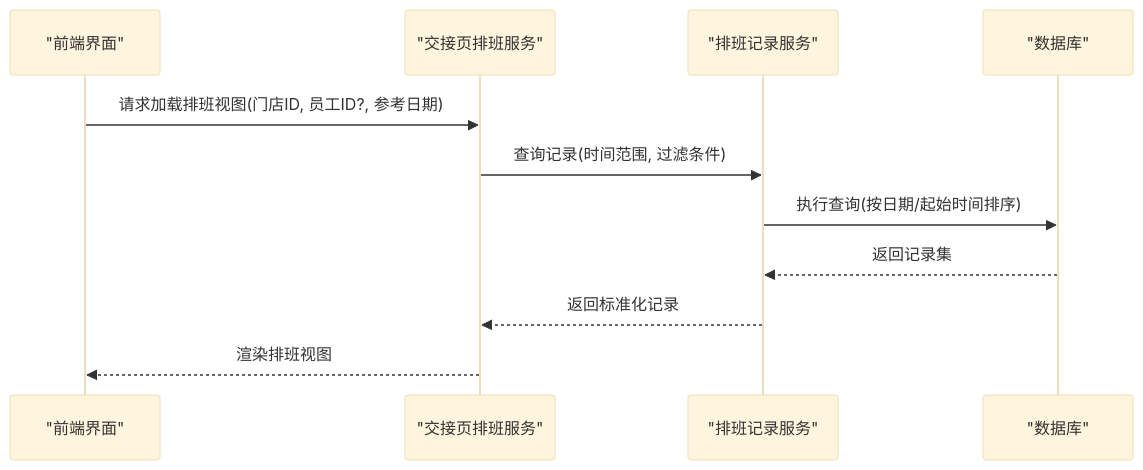
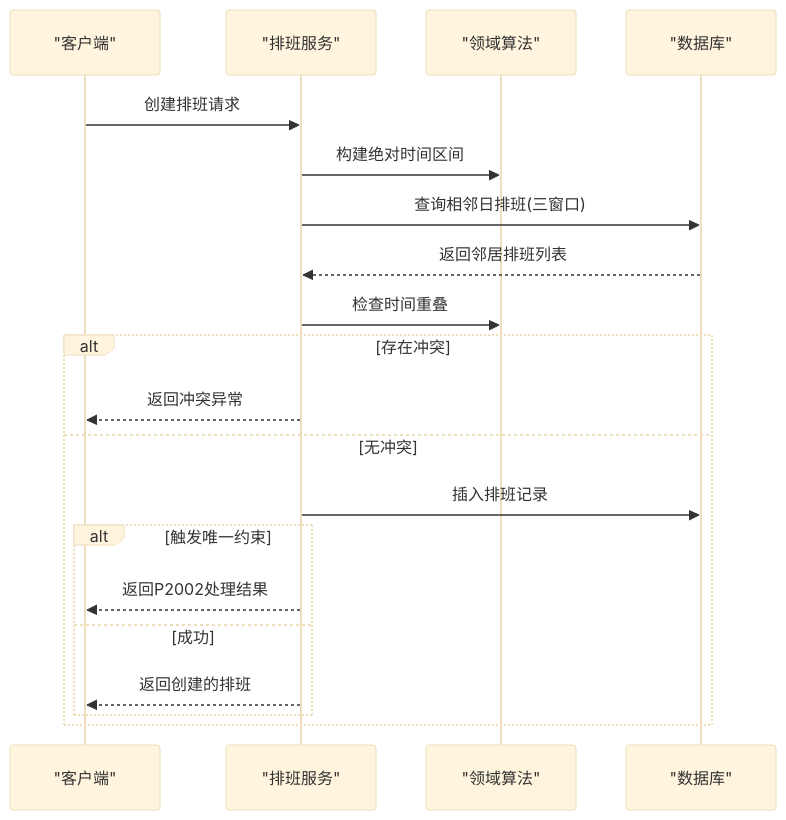
The fifth of 6 diagrams in .qoder/repowiki/zh/content/业务模块/员工管理模块/员工排班管理.md (rc558620/purelyprofit-server), drawn with Mermaid (base theme) before and after one commit. The commit also changed other lines of this file and 78 other files, not shown here.

````diff
--- a/.qoder/repowiki/zh/content/业务模块/员工管理模块/员工排班管理.md
+++ b/.qoder/repowiki/zh/content/业务模块/员工管理模块/员工排班管理.md
@@ -178,13 +233,22 @@
 ```mermaid
 sequenceDiagram
-participant UI as "前端界面"
-participant PageSvc as "交接页排班服务"
-participant RecordSvc as "排班记录服务"
+participant Client as "客户端"
+participant Service as "排班服务"
+participant Domain as "领域算法"
 participant DB as "数据库"
-UI->>PageSvc : 请求加载排班视图(门店ID, 员工ID?, 参考日期)
-PageSvc->>RecordSvc : 查询记录(时间范围, 过滤条件)
-RecordSvc->>DB : 执行查询(按日期/起始时间排序)
-DB-->>RecordSvc : 返回记录集
-RecordSvc-->>PageSvc : 返回标准化记录
-PageSvc-->>UI : 渲染排班视图
+Client->>Service : 创建排班请求
+Service->>Domain : 构建绝对时间区间
+Service->>DB : 查询相邻日排班(三窗口)
+DB-->>Service : 返回邻居排班列表
+Service->>Domain : 检查时间重叠
+alt 存在冲突
+Service-->>Client : 返回冲突异常
+else 无冲突
+Service->>DB : 插入排班记录
+alt 触发唯一约束
+Service-->>Client : 返回P2002处理结果
+else 成功
+Service-->>Client : 返回创建的排班
+end
+end
 ```
````
